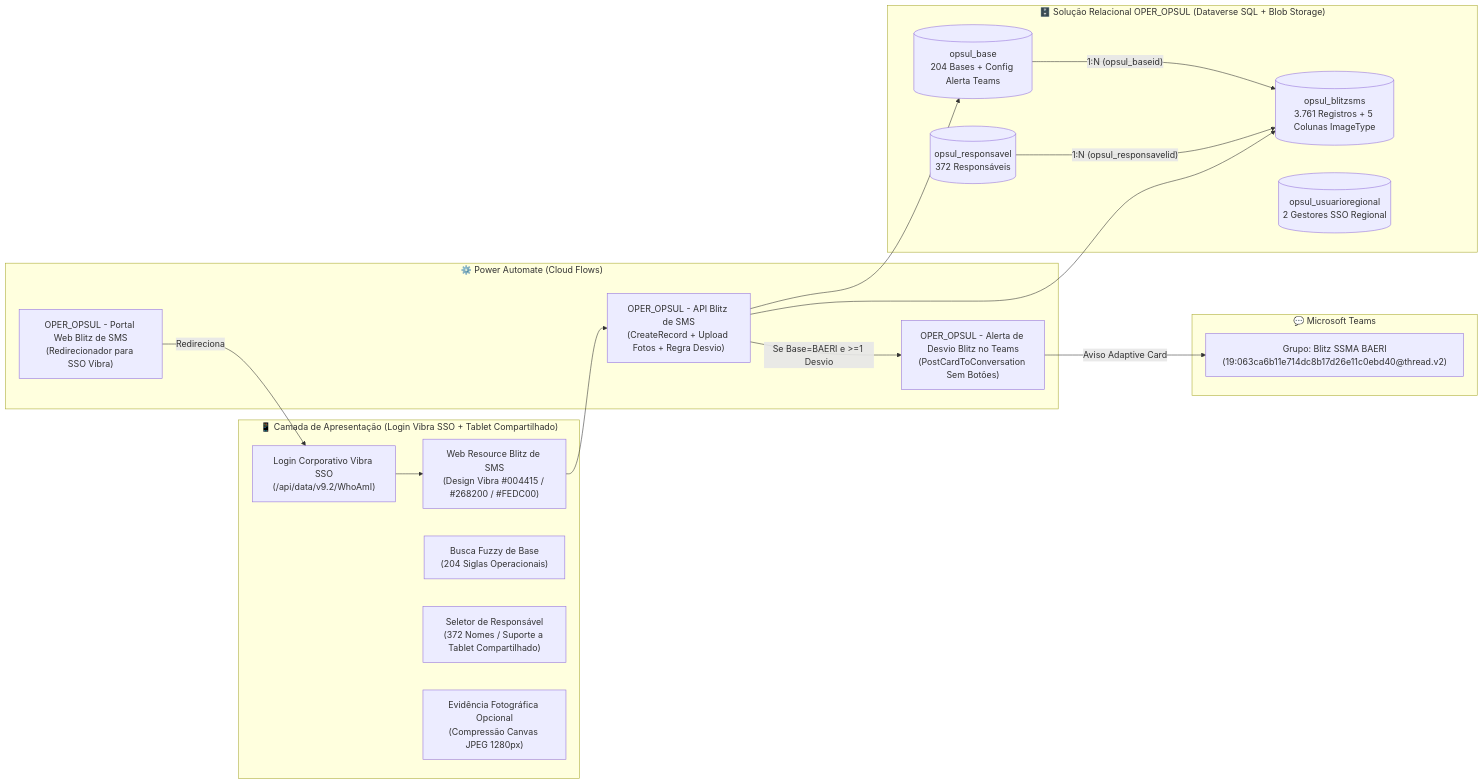
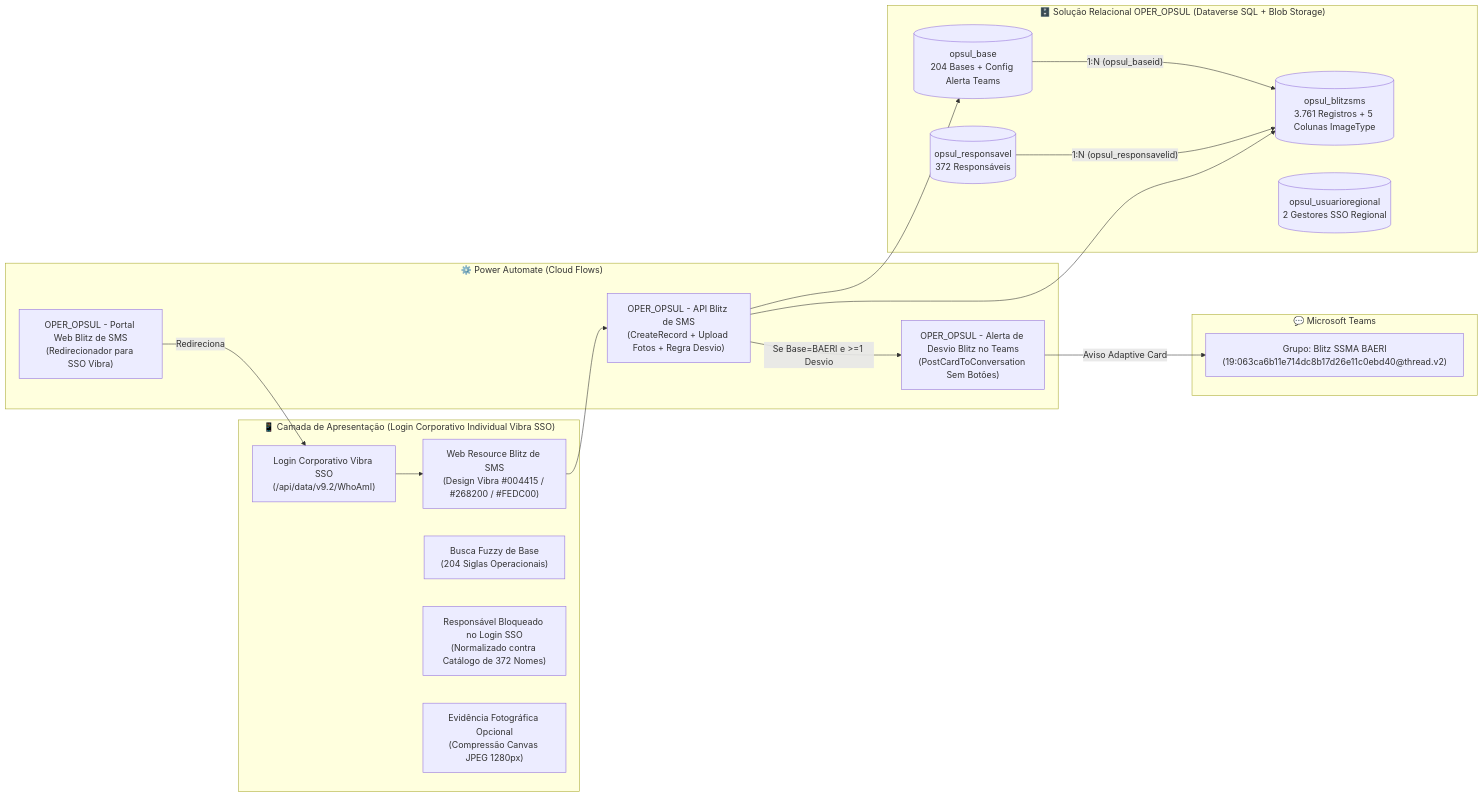
One commit to CRISTIANCARLOS/vibra-oper-opsul-blitz-sms changed the diagram in README.md. Above: the diagram before and after it, drawn with Mermaid. The commit also changed other lines of this file and 7 other files, not shown here.

Commit message:
feat(auth): bloqueia escolha de nome de terceiros e vincula responsavel exclusivamente ao login corporativo Vibra SSO sem alterar o banco (v1.5.0)

````diff
--- a/README.md
+++ b/README.md
@@ -17,50 +17,50 @@
 ```mermaid
 flowchart LR
-    subgraph Frontend["📱 Camada de Apresentação (Login Vibra SSO + Tablet Compartilhado)"]
+    subgraph Frontend["📱 Camada de Apresentação (Login Corporativo Individual Vibra SSO)"]
         SSO["Login Corporativo Vibra SSO
 (/api/data/v9.2/WhoAmI)"]
         APP["Web Resource Blitz de SMS
 (Design Vibra #004415 / #268200 / #FEDC00)"]
         FZ["Busca Fuzzy de Base
 (204 Siglas Operacionais)"]
-        RESP_MEM["Seletor de Responsável
-(372 Nomes / Suporte a Tablet Compartilhado)"]
+        RESP_MEM["Responsável Bloqueado no Login SSO
+(Normalizado contra Catálogo de 372 Nomes)"]
         FOTO["Evidência Fotográfica Opcional
 (Compressão Canvas JPEG 1280px)"]
     end
 
     subgraph PA["⚙️ Power Automate (Cloud Flows)"]
         F_PORTAL["OPER_OPSUL - Portal Web Blitz de SMS
 (Redirecionador para SSO Vibra)"]
         F_API["OPER_OPSUL - API Blitz de SMS
 (CreateRecord + Upload Fotos + Regra Desvio)"]
         F_TEAMS["OPER_OPSUL - Alerta de Desvio Blitz no Teams
 (PostCardToConversation Sem Botões)"]
     end
 
     subgraph TEAMS["💬 Microsoft Teams"]
         GRP_BAERI["Grupo: Blitz SSMA BAERI
 (19:063ca6b11e714dc8b17d26e11c0ebd40@thread.v2)"]
     end
 
     subgraph DV["🗄️ Solução Relacional OPER_OPSUL (Dataverse SQL + Blob Storage)"]
         T_BLITZ[("opsul_blitzsms
 3.761 Registros + 5 Colunas ImageType")]
         T_BASE[("opsul_base
 204 Bases + Config Alerta Teams")]
         T_RESP[("opsul_responsavel
 372 Responsáveis")]
         T_REG[("opsul_usuarioregional
 2 Gestores SSO Regional")]
         T_BASE -->|"1:N (opsul_baseid)"| T_BLITZ
         T_RESP -->|"1:N (opsul_responsavelid)"| T_BLITZ
     end
 
     F_PORTAL -->|"Redireciona"| SSO
     SSO --> APP
     APP --> F_API
     F_API --> T_BLITZ
     F_API --> T_BASE
     F_API -->|"Se Base=BAERI e >=1 Desvio"| F_TEAMS
     F_TEAMS -->|"Aviso Adaptive Card"| GRP_BAERI
 ```
````
